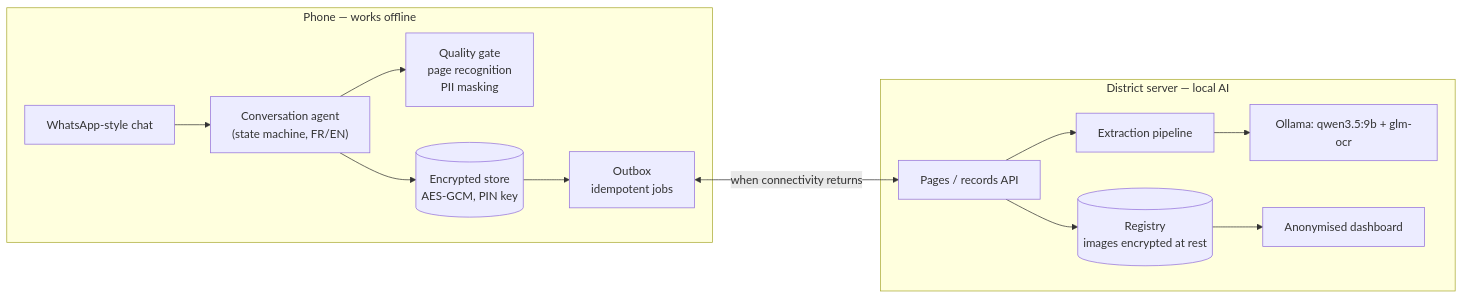
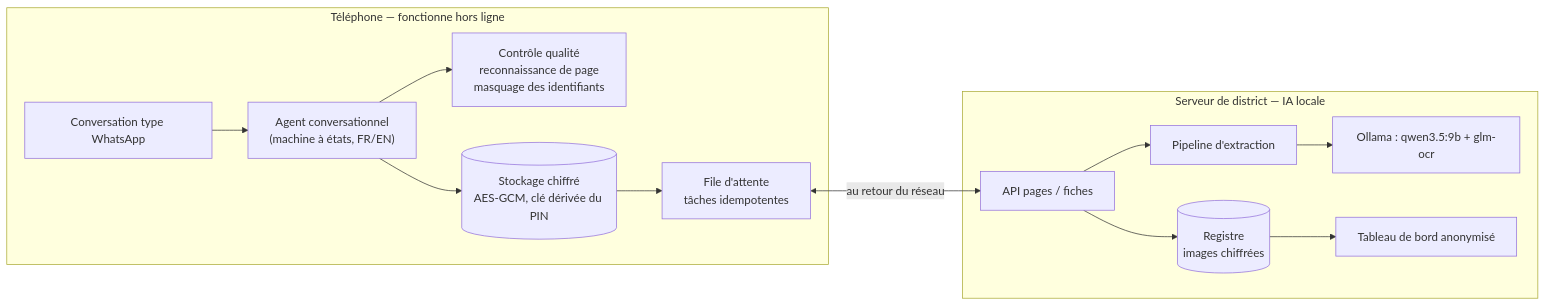
The diagram in README.md (YoussefChaouki/dayone-codeml), drawn with Mermaid before and after one commit. The commit also changed other lines of this file and 9 other files, not shown here.

````diff
--- a/README.md
+++ b/README.md
@@ -57,16 +57,16 @@
 ```mermaid
 flowchart LR
-    subgraph Phone["Phone — works offline"]
-        UI["WhatsApp-style chat"] --> Agent["Conversation agent<br/>(state machine, FR/EN)"]
-        Agent --> Q["Quality gate<br/>page recognition<br/>PII masking"]
-        Agent --> Store[("Encrypted store<br/>AES-GCM, PIN key")]
-        Store --> Outbox["Outbox<br/>idempotent jobs"]
+    subgraph Phone["Téléphone — fonctionne hors ligne"]
+        UI["Conversation type WhatsApp"] --> Agent["Agent conversationnel<br/>(machine à états, FR/EN)"]
+        Agent --> Q["Contrôle qualité<br/>reconnaissance de page<br/>masquage des identifiants"]
+        Agent --> Store[("Stockage chiffré<br/>AES-GCM, clé dérivée du PIN")]
+        Store --> Outbox["File d'attente<br/>tâches idempotentes"]
     end
-    subgraph Server["District server — local AI"]
-        API["Pages / records API"] --> Worker["Extraction pipeline"]
-        Worker --> Models["Ollama: qwen3.5:9b + glm-ocr"]
-        API --> Registry[("Registry<br/>images encrypted at rest")]
-        Registry --> Dash["Anonymised dashboard"]
+    subgraph Server["Serveur de district — IA locale"]
+        API["API pages / fiches"] --> Worker["Pipeline d'extraction"]
+        Worker --> Models["Ollama : qwen3.5:9b + glm-ocr"]
+        API --> Registry[("Registre<br/>images chiffrées")]
+        Registry --> Dash["Tableau de bord anonymisé"]
     end
-    Outbox <-->|when connectivity returns| API
+    Outbox <-->|au retour du réseau| API
 ```
````
